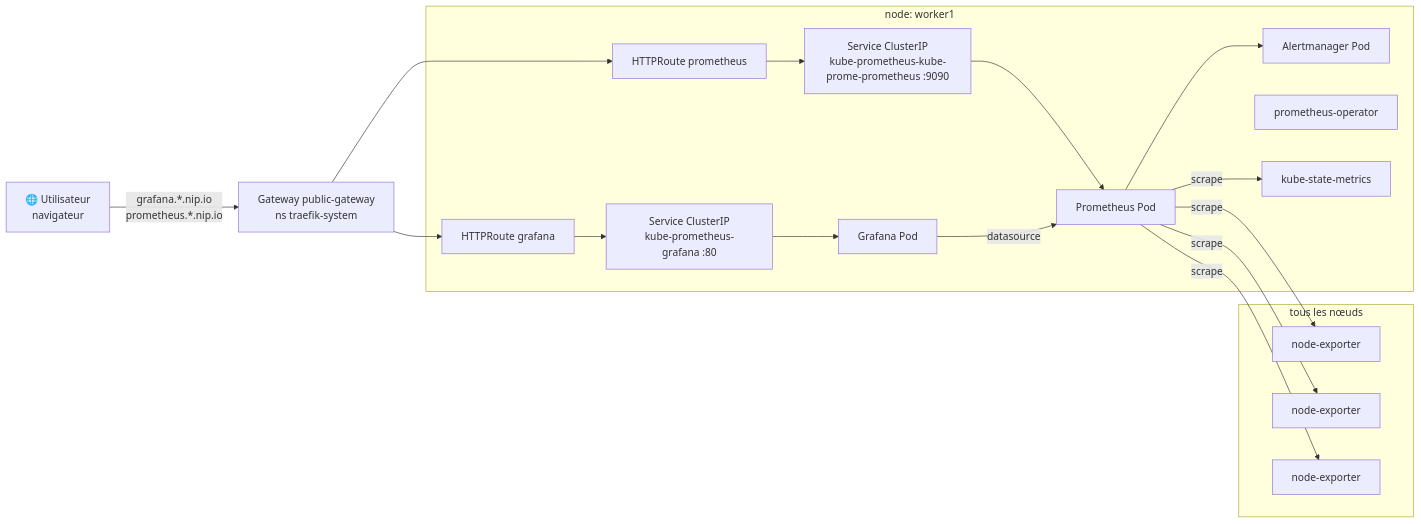
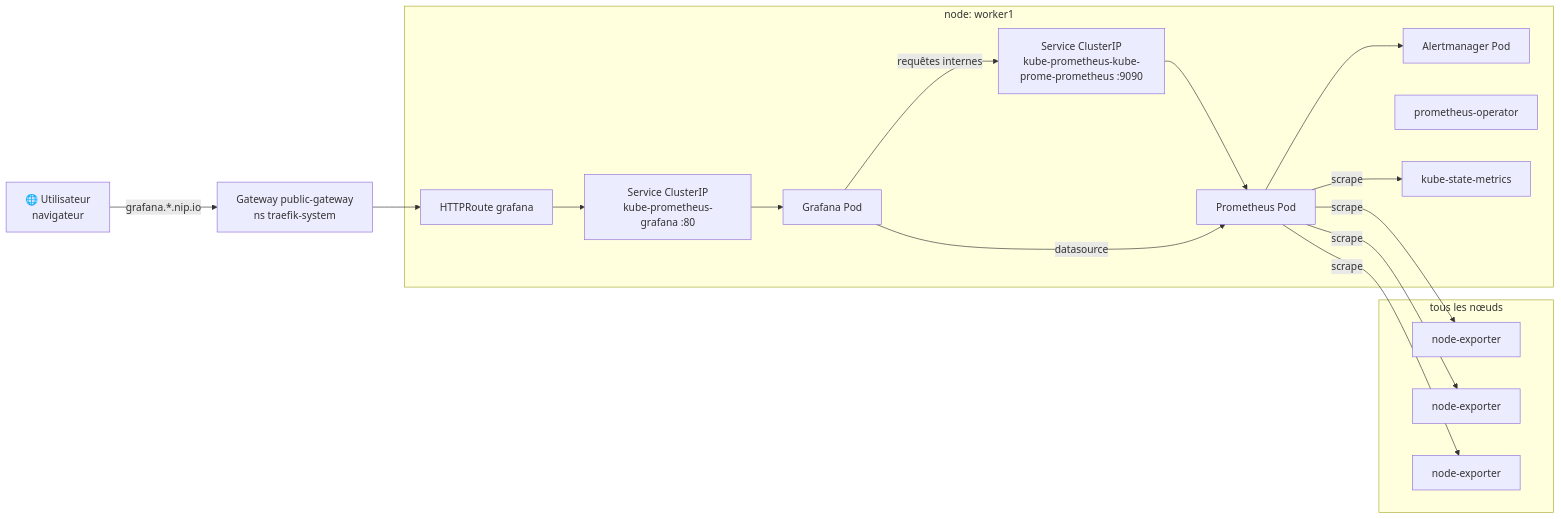
The diagram in docs/monitoring.md (PikPakPik/T-CLO-902-NAN_1), drawn with Mermaid before and after one commit. The commit also changed other lines of this file and 24 other files, not shown here.

````diff
--- a/docs/monitoring.md
+++ b/docs/monitoring.md
@@ -7,31 +7,30 @@
 ```mermaid
 flowchart LR
-    user[🌐 Utilisateur\nnavigateur] -->|grafana.*.nip.io\nprometheus.*.nip.io| gw
+    user[🌐 Utilisateur\nnavigateur] -->|grafana.*.nip.io| gw
     gw[Gateway public-gateway\nns traefik-system] --> grafanaRoute[HTTPRoute grafana]
-    gw --> promRoute[HTTPRoute prometheus]
 
     subgraph worker1[node: worker1]
         grafanaSvc[Service ClusterIP\nkube-prometheus-grafana :80]
         promSvc[Service ClusterIP\nkube-prometheus-kube-prome-prometheus :9090]
         grafana[Grafana Pod]
         prom[Prometheus Pod]
         alert[Alertmanager Pod]
         operator[prometheus-operator]
         ksm[kube-state-metrics]
         grafanaRoute --> grafanaSvc --> grafana
-        promRoute --> promSvc --> prom
+        grafana -->|requêtes internes| promSvc --> prom
     end
 
     subgraph allNodes[tous les nœuds]
         ne1[node-exporter]
         ne2[node-exporter]
         ne3[node-exporter]
     end
 
     prom -->|scrape| ne1
     prom -->|scrape| ne2
     prom -->|scrape| ne3
     prom -->|scrape| ksm
     grafana -->|datasource| prom
     prom --> alert
 ```
````
